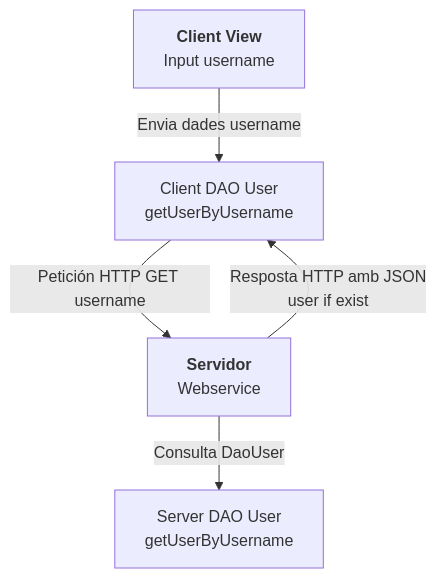
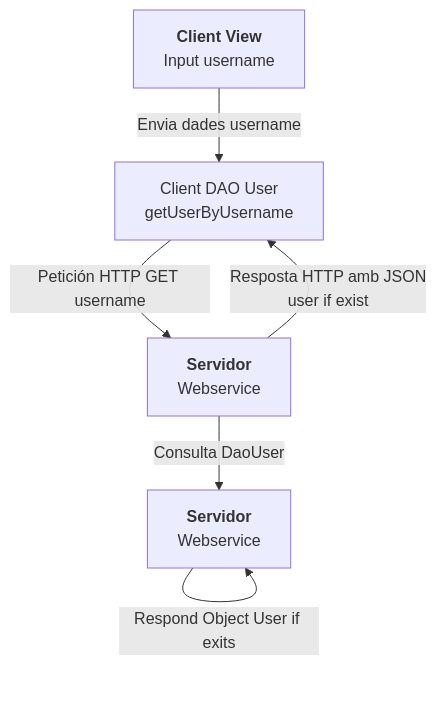
One commit to mactiburon/tapatapp changed the diagram in DiagramaPrototip1.mermaid. Above: the diagram before and after it, drawn with Mermaid.

Commit message:
DiagramaPrototip1.mermaid

```diff
--- a/DiagramaPrototip1.mermaid
+++ b/DiagramaPrototip1.mermaid
@@ -1,5 +1,6 @@
 flowchart TD
     A[<b>Client View</b> <br> Input username] -->|Envia dades username| B[Client DAO User<br> getUserByUsername]
     B -->|Petición HTTP GET username| C[<b>Servidor</b> <br> Webservice]
     C -->|Resposta HTTP amb JSON<br>user if exist| B
     C -->|Consulta DaoUser| D[Server DAO User<br> getUserByUsername]
+    D -->|Respond Object User if exits| D[<b>Servidor</b> <br> Webservice]
```
